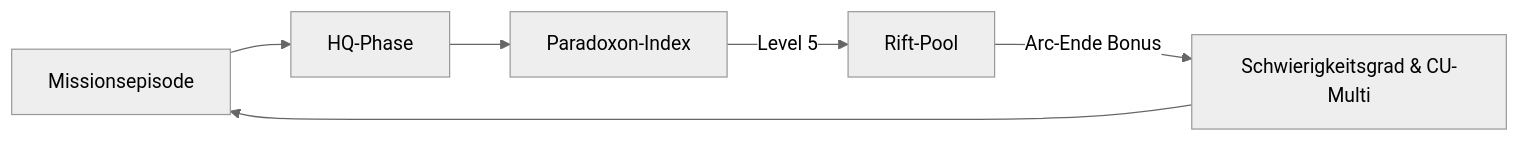
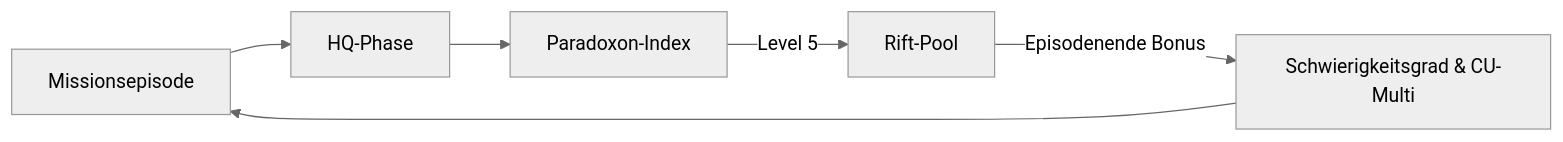
One commit to pchospital-lab/ZEITRISS-md changed the second of 3 diagrams in gameplay/kampagnenstruktur.md. Above: the diagram before and after it, drawn with Mermaid (neutral theme). The commit also changed other lines of this file and 6 other files, not shown here.

````diff
--- a/gameplay/kampagnenstruktur.md
+++ b/gameplay/kampagnenstruktur.md
@@ -324,8 +331,8 @@
 ```mermaid
 graph LR
 A[Missionsepisode] --> C[HQ-Phase]
 C --> B[Paradoxon-Index]
 B -->|Level 5| D[Rift-Pool]
-D -->|Arc-Ende Bonus| E[Schwierigkeitsgrad & CU-Multi]
+  D -->|Episodenende Bonus| E[Schwierigkeitsgrad & CU-Multi]
 E --> A
 ```
````
